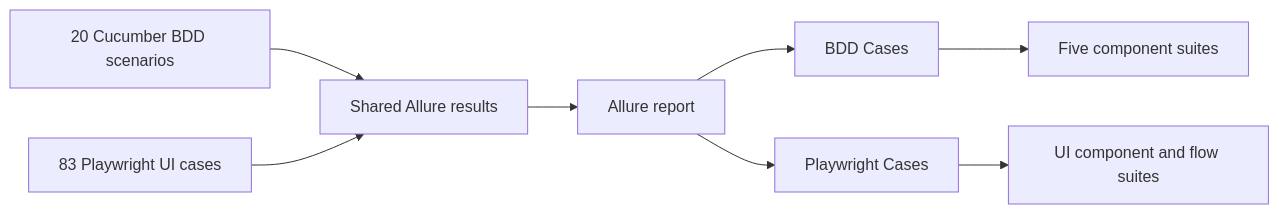
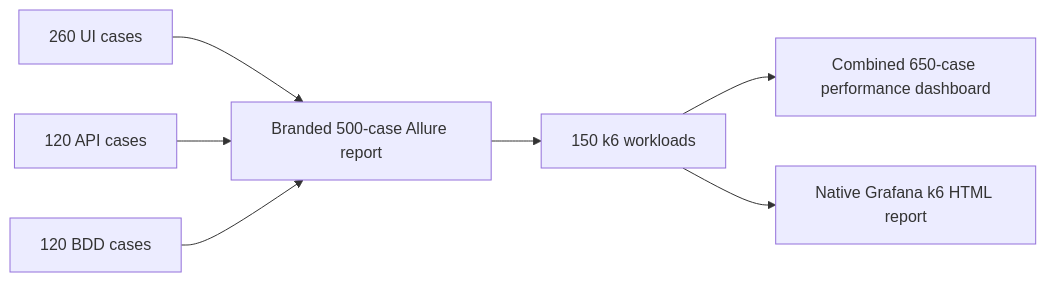
The fourth of 4 diagrams in README.md (haroondhanyal/Product_Flow_360), drawn with Mermaid before and after one commit. The commit also changed other lines of this file and 4 other files, not shown here.

````diff
--- a/README.md
+++ b/README.md
@@ -127,10 +131,9 @@
 ```mermaid
 flowchart LR
-  BDD[20 Cucumber BDD scenarios] --> Results[Shared Allure results]
-  PW[83 Playwright UI cases] --> Results
-  Results --> Report[Allure report]
-  Report --> B[BDD Cases]
-  Report --> P[Playwright Cases]
-  B --> BC[Five component suites]
-  P --> PC[UI component and flow suites]
+  UI[260 UI cases] --> Allure[Branded 500-case Allure report]
+  API[120 API cases] --> Allure
+  BDD[120 BDD cases] --> Allure
+  Allure --> K6[150 k6 workloads]
+  K6 --> Combined[Combined 650-case performance dashboard]
+  K6 --> Native[Native Grafana k6 HTML report]
 ```
````
